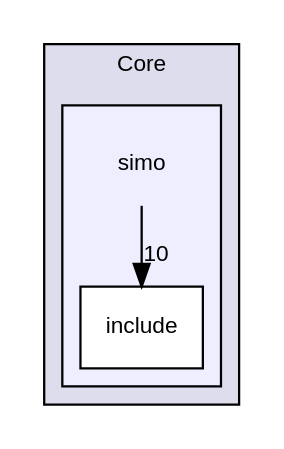
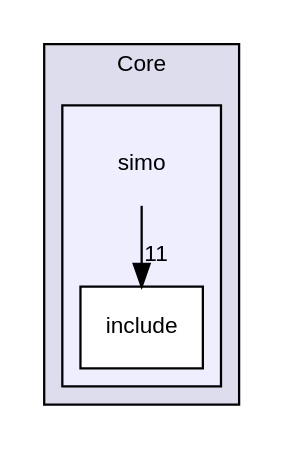
Before and after one commit to Germanvelardez2018/SIMO-STM32-framework: the diagram in docs/dir_1ffac0d2630f4824660dea6691be9d7f_dep.dot, drawn with Graphviz. The commit also changed 46 other files, not shown here.

```diff
--- a/docs/dir_1ffac0d2630f4824660dea6691be9d7f_dep.dot
+++ b/docs/dir_1ffac0d2630f4824660dea6691be9d7f_dep.dot
@@ -1,14 +1,14 @@
 digraph "Core/simo" {
   compound=true
   node [ fontsize="10", fontname="Helvetica"];
   edge [ labelfontsize="10", labelfontname="Helvetica"];
   subgraph clusterdir_c6310732a22f63c0c2fc5595561e68f1 {
     graph [ bgcolor="#ddddee", pencolor="black", label="Core" fontname="Helvetica", fontsize="10", URL="dir_c6310732a22f63c0c2fc5595561e68f1.html"]
   subgraph clusterdir_1ffac0d2630f4824660dea6691be9d7f {
     graph [ bgcolor="#eeeeff", pencolor="black", label="" URL="dir_1ffac0d2630f4824660dea6691be9d7f.html"];
     dir_1ffac0d2630f4824660dea6691be9d7f [shape=plaintext label="simo"];
     dir_51ae6caf7e11bae481ee121923f41a47 [shape=box label="include" color="black" fillcolor="white" style="filled" URL="dir_51ae6caf7e11bae481ee121923f41a47.html"];
   }
   }
-  dir_1ffac0d2630f4824660dea6691be9d7f->dir_51ae6caf7e11bae481ee121923f41a47 [headlabel="10", labeldistance=1.5 headhref="dir_000001_000002.html"];
+  dir_1ffac0d2630f4824660dea6691be9d7f->dir_51ae6caf7e11bae481ee121923f41a47 [headlabel="11", labeldistance=1.5 headhref="dir_000001_000002.html"];
 }
```
